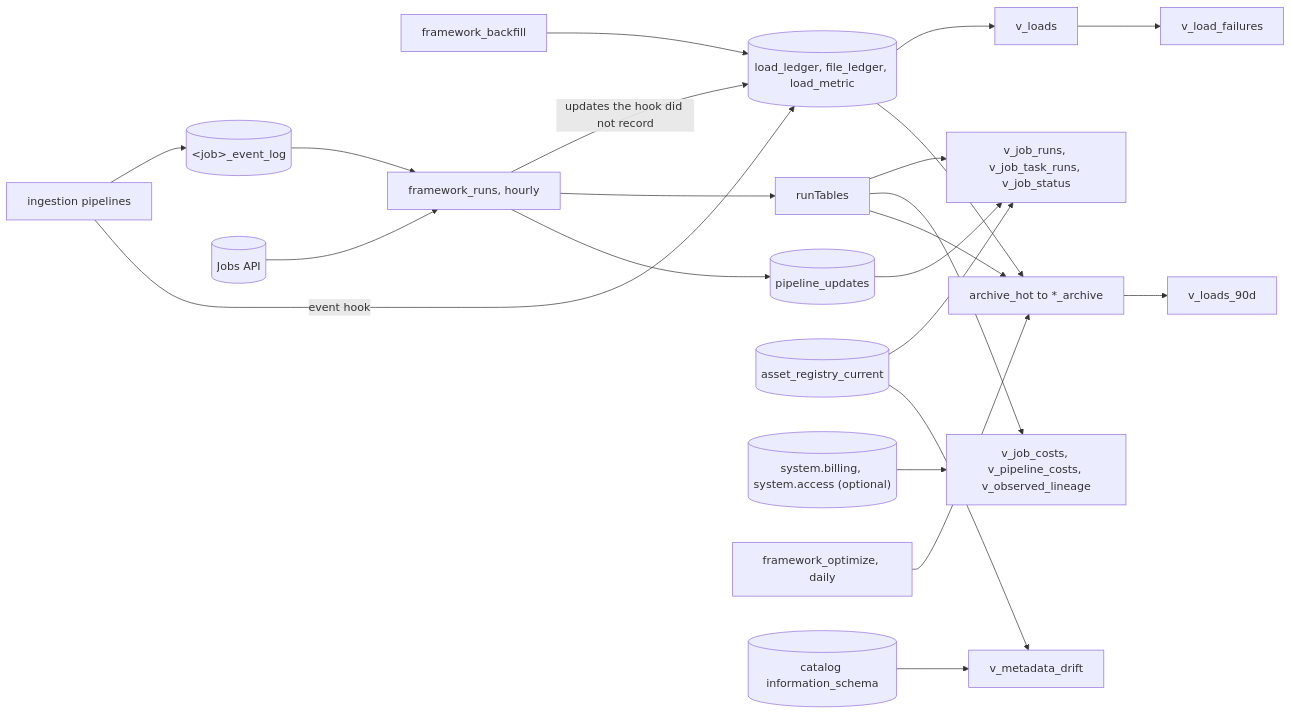
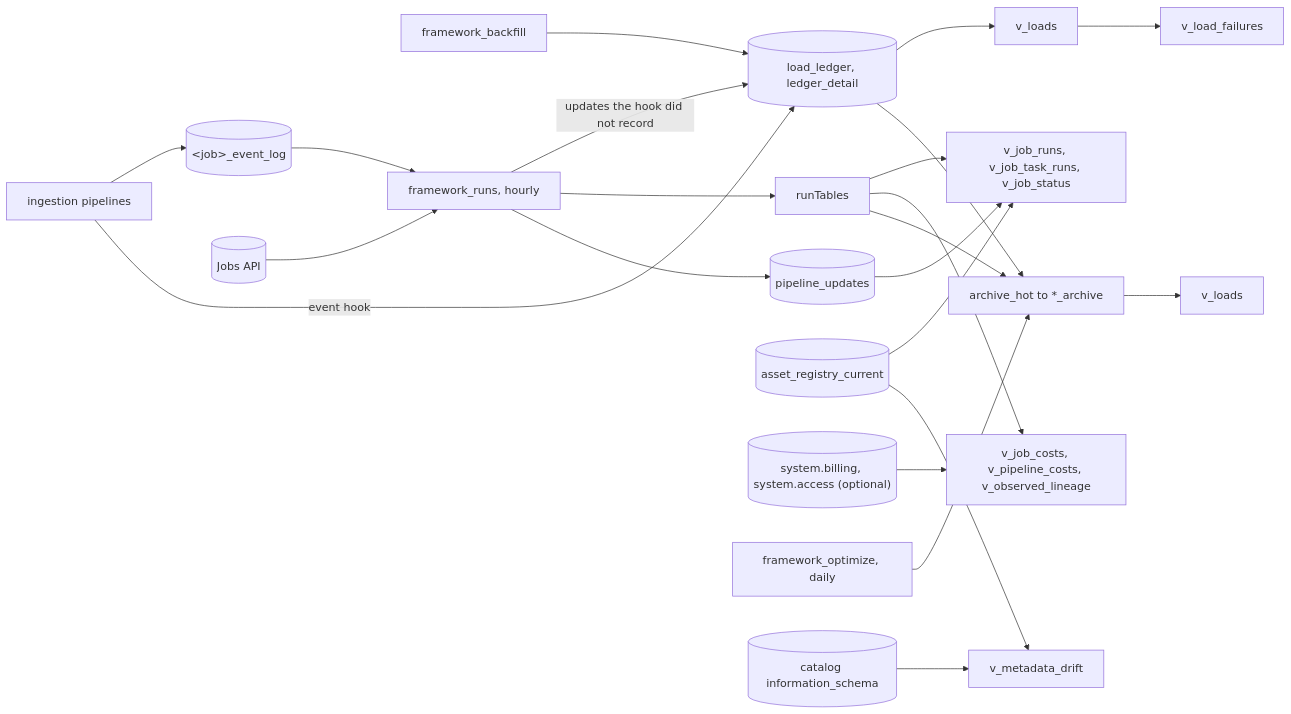
Before and after one commit to NitinKeshavB/framework: the fourth of 9 diagrams in framework_docs/ARCHITECTURE.md, drawn with Mermaid. The commit also changed other lines of this file and 26 other files, not shown here.

First line of the commit message:
Feature: Unify load ledger with ledger_detail and 90d quarterly archives

````diff
--- a/framework_docs/ARCHITECTURE.md
+++ b/framework_docs/ARCHITECTURE.md
@@ -123,24 +123,24 @@
 ```mermaid
 flowchart LR
   ingestionPipelines[ingestion pipelines] --> eventLogs[("&lt;job&gt;_event_log")]
-  ingestionPipelines -->|event hook| ledger[(load_ledger, file_ledger, load_metric)]
+  ingestionPipelines -->|event hook| ledger[(load_ledger, ledger_detail)]
   backfillJob[framework_backfill] --> ledger
   ledger --> loads[v_loads]
   loads --> failures[v_load_failures]
   jobsApi[(Jobs API)] --> runsJob[framework_runs, hourly]
   runsJob -->|updates the hook did not record| ledger
   eventLogs --> runsJob
   runsJob --> runTables
   runsJob --> updates[(pipeline_updates)]
   runTables --> runViews[v_job_runs, v_job_task_runs, v_job_status]
   updates --> runViews
   registry[(asset_registry_current)] --> runViews
   systemTables[("system.billing, system.access (optional)")] --> costViews[v_job_costs, v_pipeline_costs, v_observed_lineage]
   runTables --> costViews
   optimize[framework_optimize, daily] --> archive[archive_hot to *_archive]
   ledger --> archive
   runTables --> archive
-  archive --> loads90[v_loads_90d]
+  archive --> loads90[v_loads]
   registry --> metadataDrift[v_metadata_drift]
   infoSchema[(catalog information_schema)] --> metadataDrift
 ```
````
